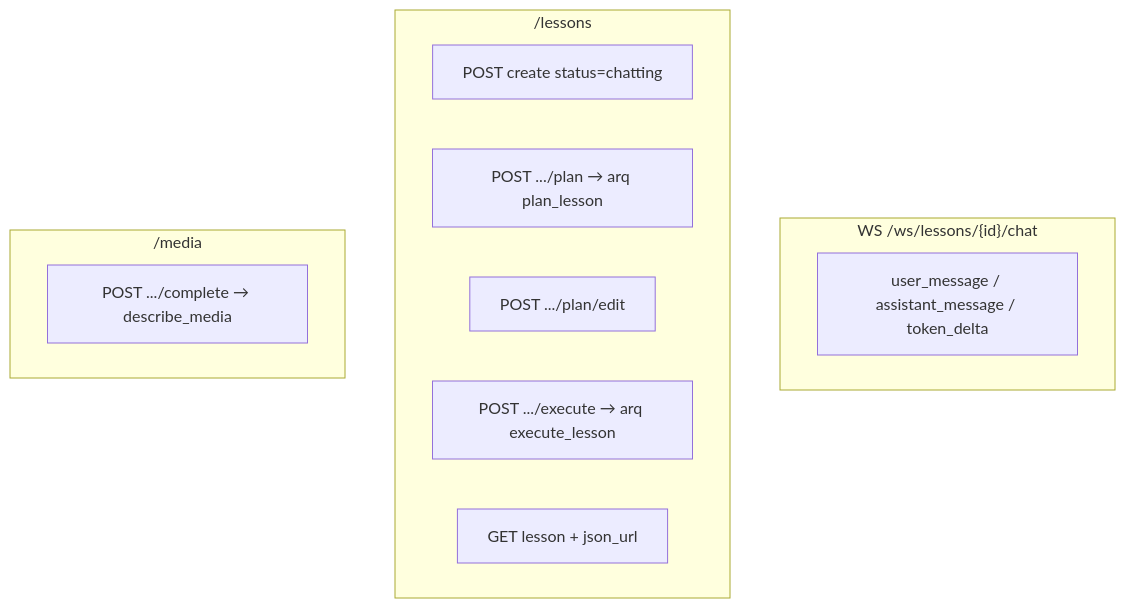
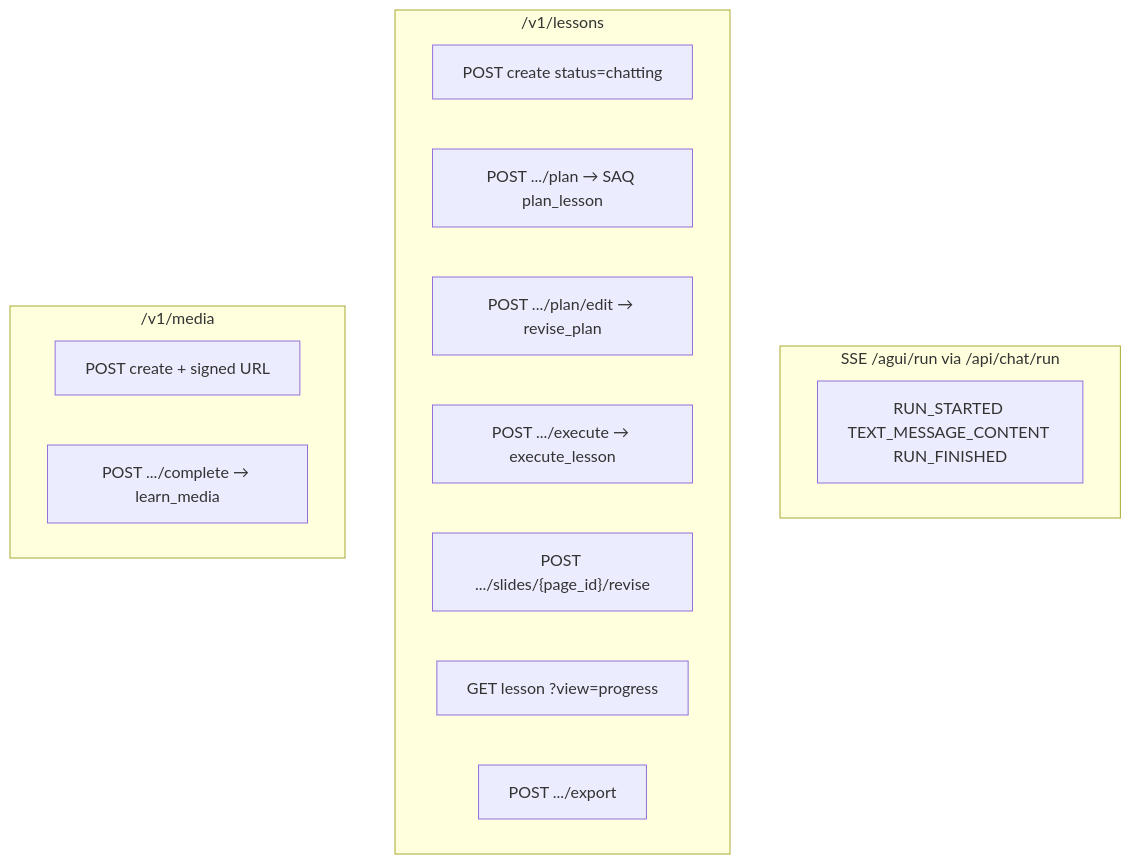
Before and after one commit to BasselSallam2/teacher-mock: the fourth of 5 diagrams in docs/architecture/05-queue-and-sequence.md, drawn with Mermaid. The commit also changed other lines of this file and 10 other files, not shown here.

Commit message:
Enhance README and add system overview documentation; update media handling and lesson planning architecture. Introduce nested media folders and clarify production stack details.

````diff
--- a/docs/architecture/05-queue-and-sequence.md
+++ b/docs/architecture/05-queue-and-sequence.md
@@ -102,18 +123,21 @@
 ```mermaid
 flowchart TB
-  subgraph ChatWS ["WS /ws/lessons/{id}/chat"]
-    live["user_message / assistant_message / token_delta"]
+  subgraph ChatSSE ["SSE /agui/run via /api/chat/run"]
+    live["RUN_STARTED TEXT_MESSAGE_CONTENT RUN_FINISHED"]
   end
 
-  subgraph LessonsAPI ["/lessons"]
+  subgraph LessonsAPI ["/v1/lessons"]
     create["POST create status=chatting"]
-    plan["POST .../plan → arq plan_lesson"]
-    edit["POST .../plan/edit"]
-    execute["POST .../execute → arq execute_lesson"]
-    get["GET lesson + json_url"]
+    plan["POST .../plan → SAQ plan_lesson"]
+    edit["POST .../plan/edit → revise_plan"]
+    execute["POST .../execute → execute_lesson"]
+    revise["POST .../slides/{page_id}/revise"]
+    get["GET lesson ?view=progress"]
+    export["POST .../export"]
   end
 
-  subgraph MediaAPI ["/media"]
-    complete["POST .../complete → describe_media"]
+  subgraph MediaAPI ["/v1/media"]
+    upload["POST create + signed URL"]
+    complete["POST .../complete → learn_media"]
   end
 ```
````
